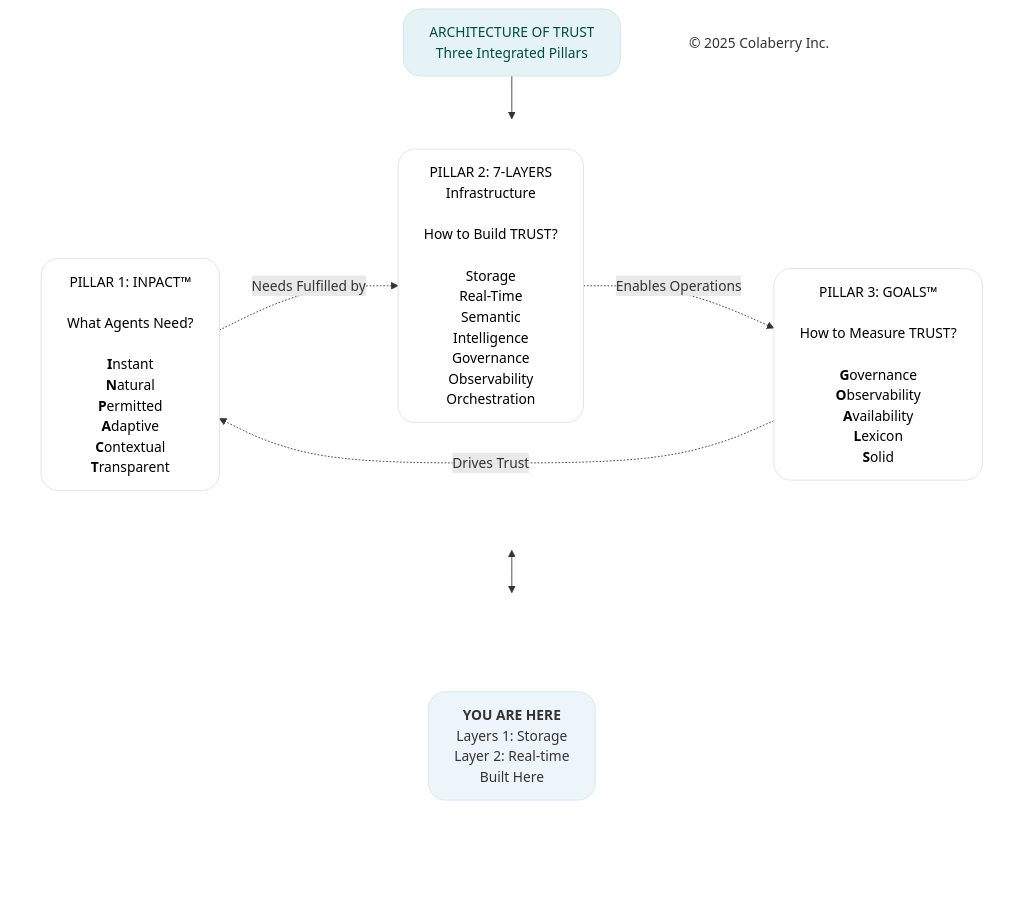
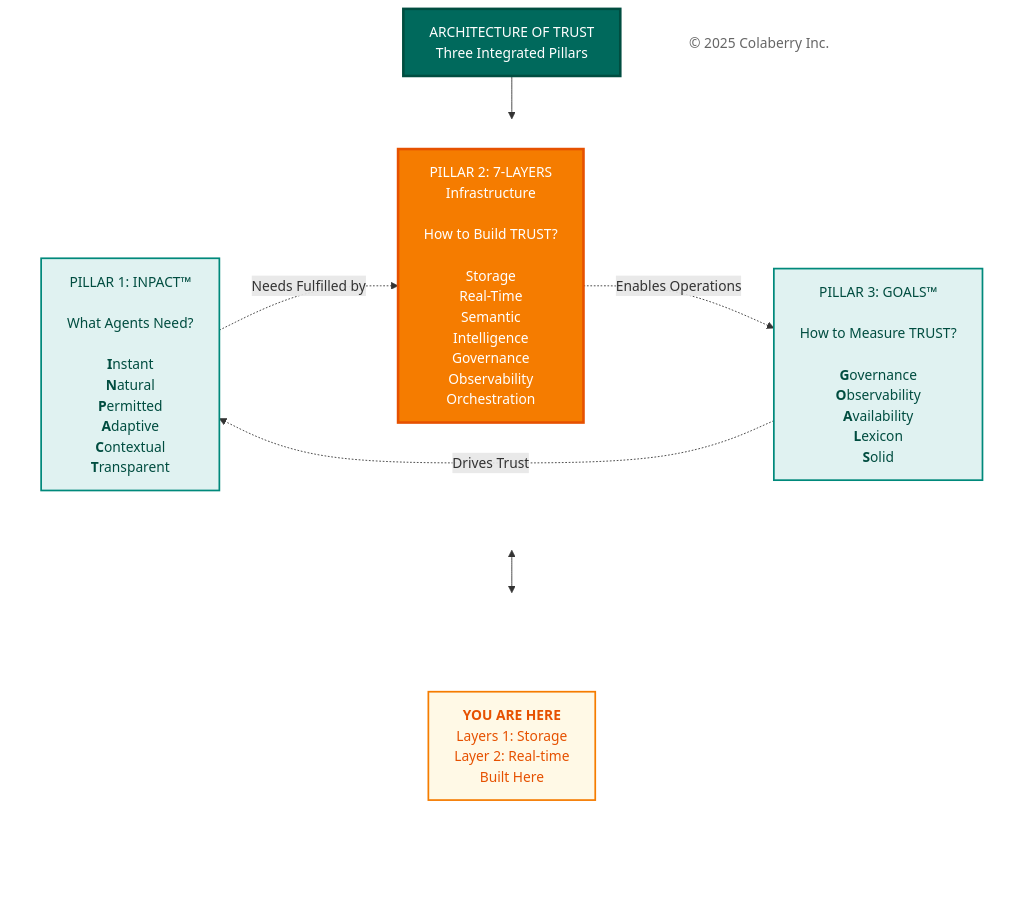
One commit to saitejesh-cyber/trust-before-intelligence-book changed the second of 11 diagrams in manuscript/05_chapter_4_foundation_layers.md. Above: the diagram before and after it, drawn with Mermaid. The commit also changed other lines of this file and 12 other files, not shown here.

Commit message:
Restore legacy Mermaid styles for Option 1

````diff
--- a/manuscript/05_chapter_4_foundation_layers.md
+++ b/manuscript/05_chapter_4_foundation_layers.md
@@ -82,44 +82,43 @@
 ```mermaid
 
 graph TB
     Title["ARCHITECTURE OF TRUST<br/>Three Integrated Pillars"]
     
     subgraph PILLARS[" "]
         direction LR
         INPACT["`PILLAR 1: INPACT™<br/><br/>What Agents Need?<br/><br/>**I**nstant<br/>**N**atural<br/>**P**ermitted<br/>**A**daptive<br/>**C**ontextual<br/>**T**ransparent`"]
         
         Layers["PILLAR 2: 7-LAYERS<br/>Infrastructure<br/><br/>How to Build TRUST?<br/><br/>Storage<br/>Real-Time<br/>Semantic<br/>Intelligence<br/>Governance<br/>Observability<br/>Orchestration"]
         
         GOALS["`PILLAR 3: GOALS™<br/><br/>How to Measure TRUST?<br/><br/>**G**overnance<br/>**O**bservability<br/>**A**vailability<br/>**L**exicon<br/>**S**olid`"]
     end
     
     subgraph INDICATOR[" "]
         direction LR
         Spacer1[" "]
         YouAreHere["<b>YOU ARE HERE</b><br/>Layers 1: Storage <br/> Layer 2: Real-time<br/> Built Here"]
         Spacer2[" "]
     end
     
     Copyright["© 2025 Colaberry Inc."]
     
     Title --> PILLARS
     PILLARS <--> INDICATOR
     
     INPACT -.->|"Needs Fulfilled by"| Layers
     Layers -.->|"Enables Operations"| GOALS
     GOALS -.->|"Drives Trust"| INPACT
 
-
-    style Title fill:#e6f3f6,stroke:#c7e3ea,stroke-width:1px,color:#004d40,rx:20,ry:20
+    style Title fill:#00695c,color:#ffffff,stroke:#004d40,stroke-width:3px
     style PILLARS fill:none,stroke:none
     style INDICATOR fill:none,stroke:none
-    style INPACT fill:#ffffff,stroke:#e0e0e0,stroke-width:1px,color:#000000,rx:20,ry:20
-    style Layers fill:#ffffff,stroke:#e0e0e0,stroke-width:1px,color:#000000,rx:20,ry:20
-    style GOALS fill:#ffffff,stroke:#e0e0e0,stroke-width:1px,color:#000000,rx:20,ry:20
-    style YouAreHere fill:#edf4fa,stroke:#d6e4f2,stroke-width:1px,color:#333333,rx:20,ry:20
+    style INPACT fill:#e0f2f1,stroke:#00897b,stroke-width:2px,color:#004d40
+    style Layers fill:#f57c00,stroke:#e65100,stroke-width:3px,color:#ffffff
+    style GOALS fill:#e0f2f1,stroke:#00897b,stroke-width:2px,color:#004d40
     style Spacer1 fill:none,stroke:none,color:transparent
+    style YouAreHere fill:#fff9e6,stroke:#f57c00,stroke-width:2px,color:#e65100
     style Spacer2 fill:none,stroke:none,color:transparent
-    style Copyright fill:none,stroke:none,color:#333333
+    style Copyright fill:#ffffff,stroke:none,color:#666666
 
 
 ```
````
